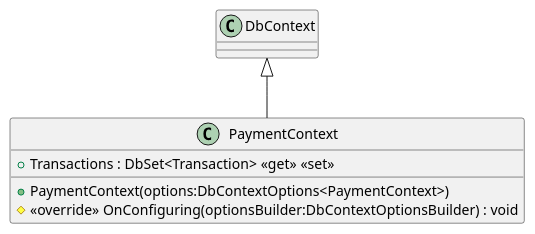
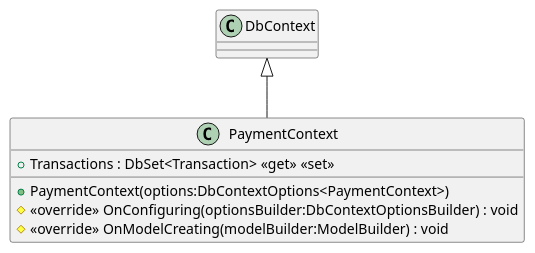
The diagram in generatedPuml/DataAccessLayer/PaymentContext.puml (Poluux/ArchitectureProject), drawn with PlantUML before and after one commit. The commit also changed 32 other files, not shown here.

```diff
--- a/generatedPuml/DataAccessLayer/PaymentContext.puml
+++ b/generatedPuml/DataAccessLayer/PaymentContext.puml
@@ -1,8 +1,9 @@
 @startuml
 class PaymentContext {
     + Transactions : DbSet<Transaction> <<get>> <<set>>
     + PaymentContext(options:DbContextOptions<PaymentContext>)
     # <<override>> OnConfiguring(optionsBuilder:DbContextOptionsBuilder) : void
+    # <<override>> OnModelCreating(modelBuilder:ModelBuilder) : void
 }
 DbContext <|-- PaymentContext
 @enduml
```
